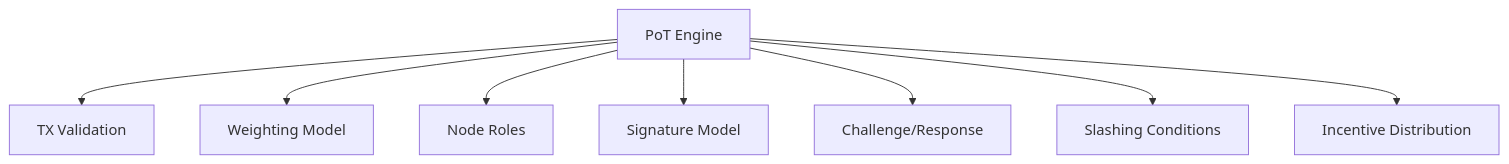
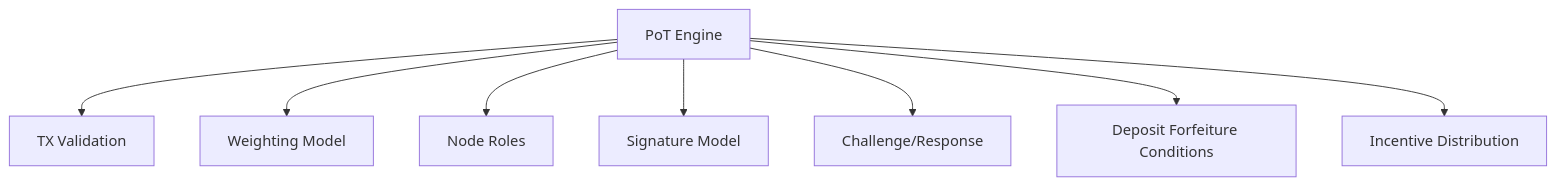
Before and after one commit to Aros-Technology-Studio/AST-Aros-Financial-Paradigm: diagram 11 of 15 in architecture_diagrams.md, drawn with Mermaid. The commit also changed other lines of this file and 69 other files, not shown here.

````diff
--- a/architecture_diagrams.md
+++ b/architecture_diagrams.md
@@ -142,11 +142,11 @@
 ```mermaid
 graph TD
   A[PoT Engine]
   A --> B[TX Validation]
   A --> C[Weighting Model]
   A --> D[Node Roles]
   A --> E[Signature Model]
   A --> F[Challenge/Response]
-  A --> G[Slashing Conditions]
+  A --> G[Deposit Forfeiture Conditions]
   A --> H[Incentive Distribution]
 ```
````
